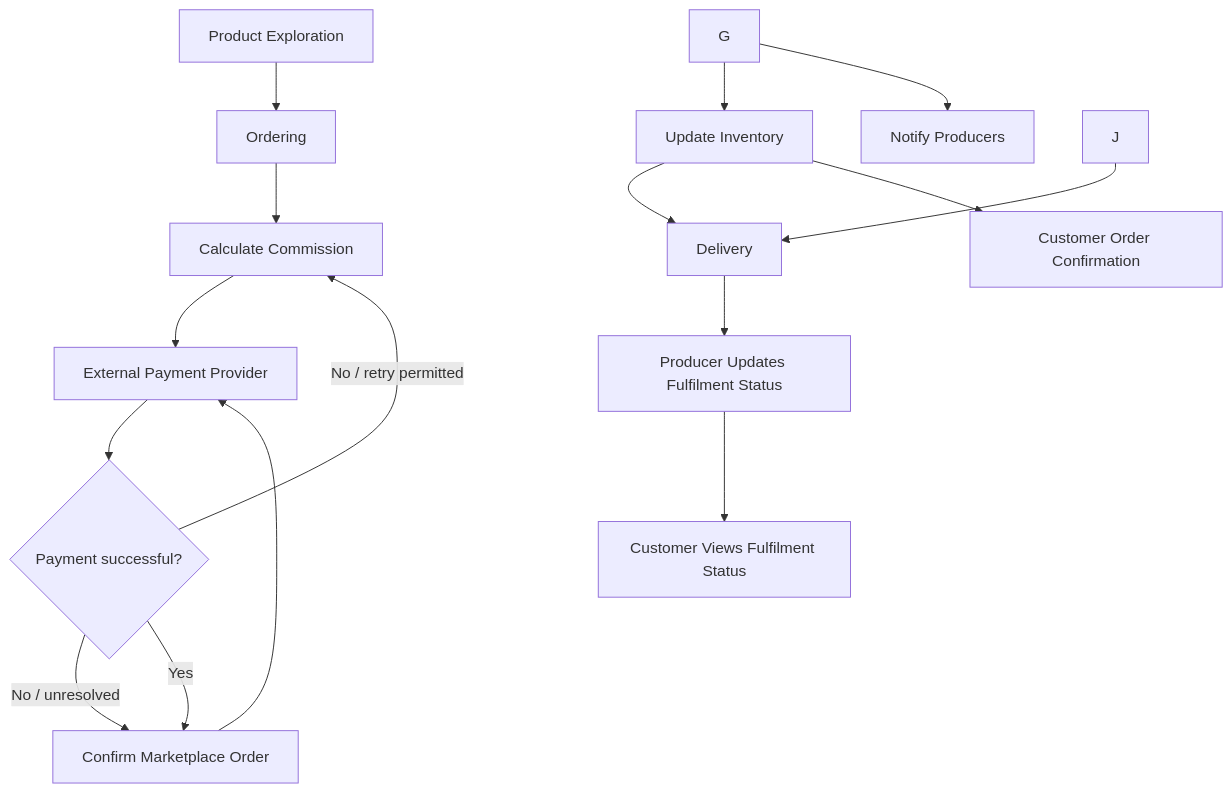
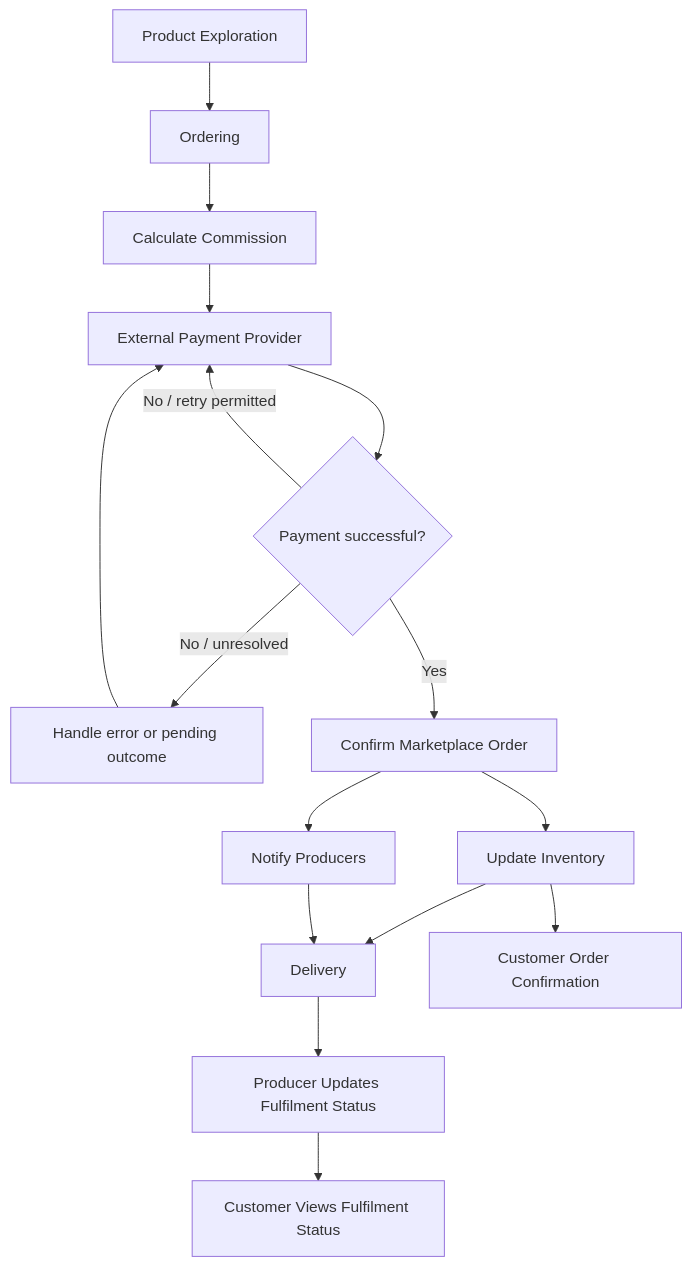
One commit to conor5-mcgrath/DESD-Assesment changed the diagram in Documentation/V0.0.1/features.md. Above: the diagram before and after it, drawn with Mermaid. The commit also changed other lines of this file, not shown here.

Commit message:
Fix flowchart connections in features documentation
Updated flowchart connections and clarified order confirmation process.

````diff
--- a/Documentation/V0.0.1/features.md
+++ b/Documentation/V0.0.1/features.md
@@ -68,18 +68,18 @@
 ```mermaid
 flowchart TD
     A["Product Exploration"] --> B["Ordering"]
     B --> C["Calculate Commission"]
     C --> D["External Payment Provider"]
     D --> E{"Payment successful?"}
-    E -- "No / retry permitted" --> C
+    E -- "No / retry permitted" --> D
     E -- "No / unresolved" --> F["Handle error or pending outcome"]
     F --> D
-    E -- "Yes" --> F["Confirm Marketplace Order"]
+    E -- "Yes" --> G["Confirm Marketplace Order"]
     G --> H["Update Inventory"]
     G --> I["Notify Producers"]
     H --> K["Delivery"]
-    J --> K
+    I --> K
     H --> L["Customer Order Confirmation"]
     K --> M["Producer Updates Fulfilment Status"]
     M --> N["Customer Views Fulfilment Status"]
 ```
````
